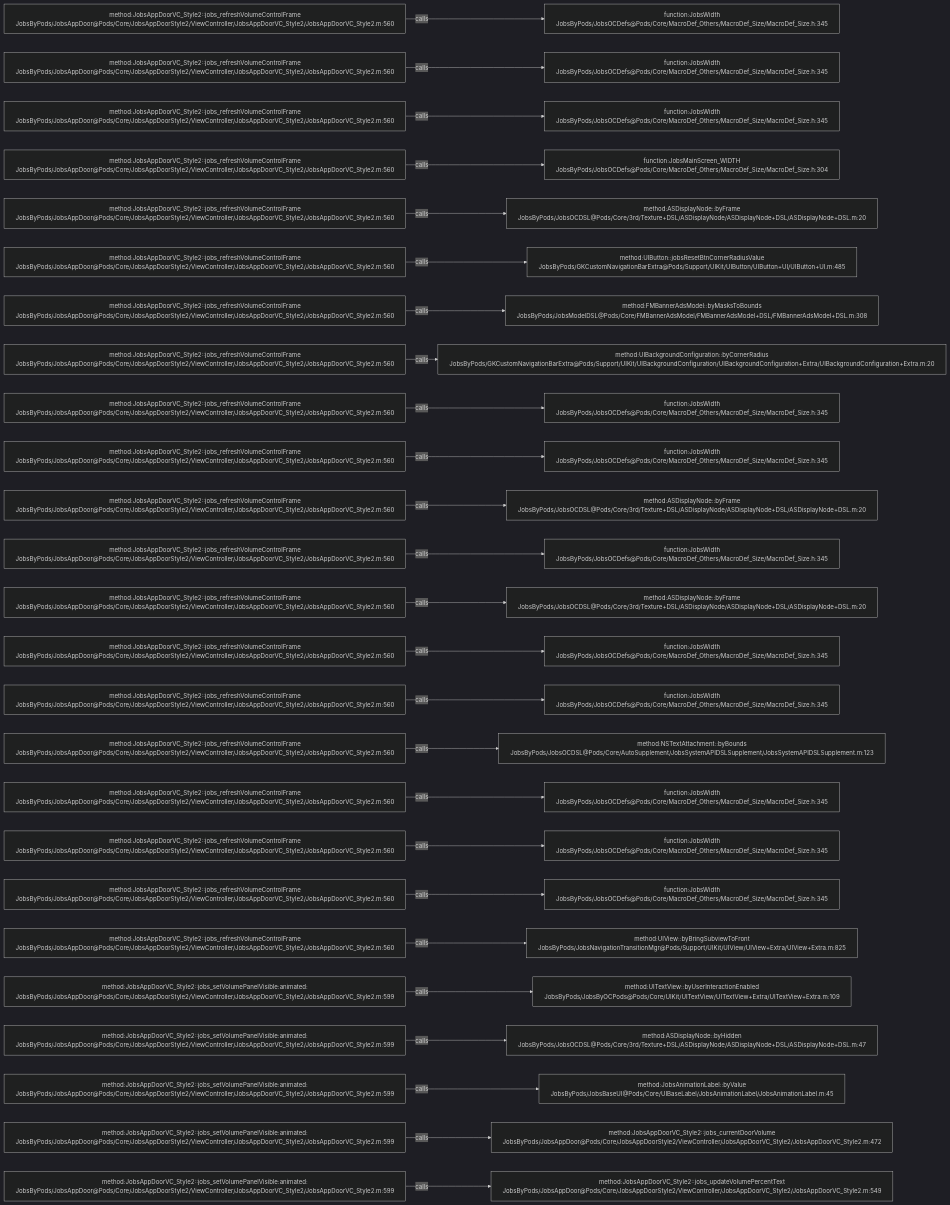
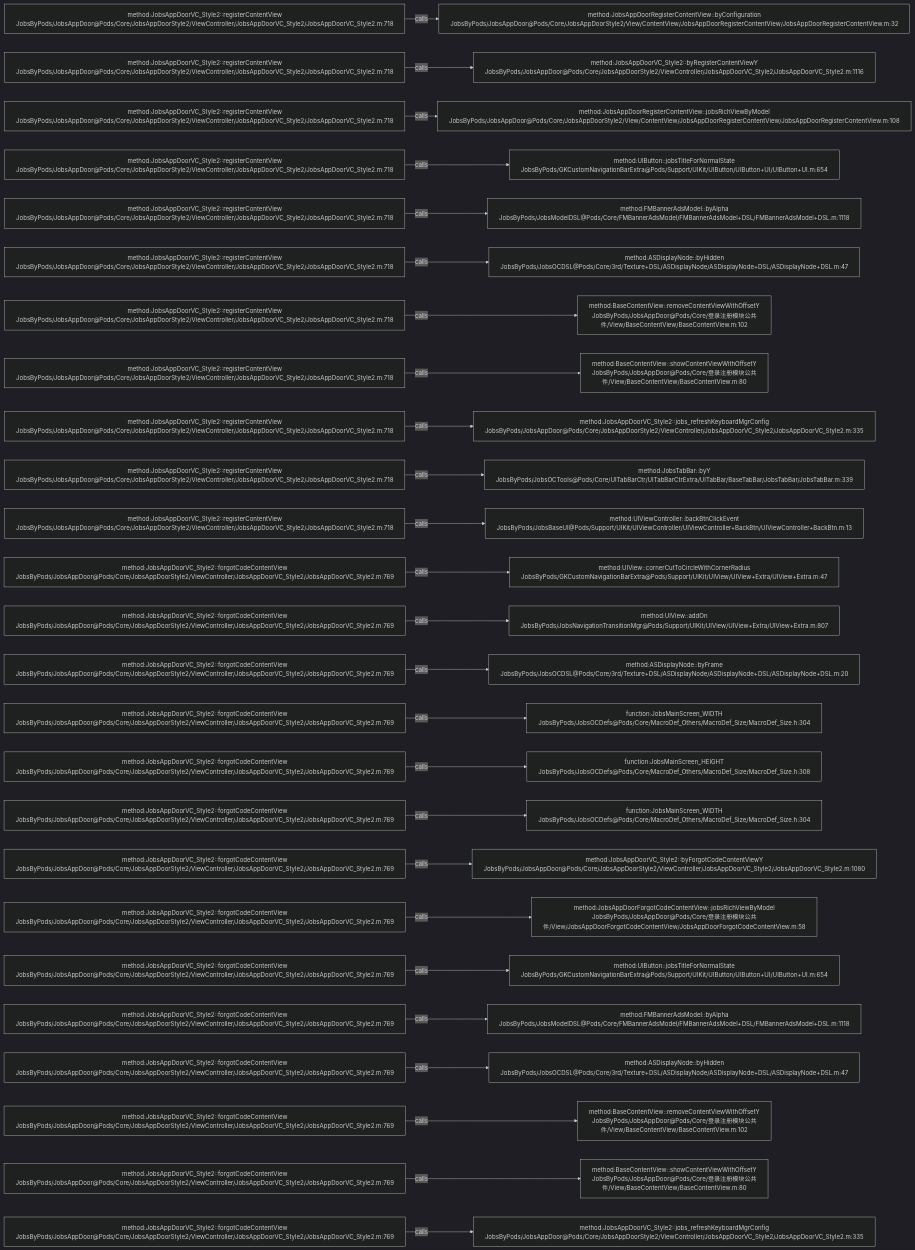
One commit to JobsKits/JobsOCBaseConfigDemo changed the diagram in .codegraph/codegraph.md/graphs/calls-142.md. Above: the diagram before and after it, drawn with Mermaid (dark theme). The commit also changed 223 other files, not shown here.

````diff
--- a/.codegraph/codegraph.md/graphs/calls-142.md
+++ b/.codegraph/codegraph.md/graphs/calls-142.md
@@ -13,78 +13,78 @@
 ```mermaid
 flowchart LR
-  S1["method:JobsAppDoorVC_Style2::jobs_refreshVolumeControlFrame<br/>JobsByPods/JobsAppDoor@Pods/Core/JobsAppDoorStyle2/ViewController/JobsAppDoorVC_Style2/JobsAppDoorVC_Style2.m:560"]
-  T1["function:JobsWidth<br/>JobsByPods/JobsOCDefs@Pods/Core/MacroDef_Others/MacroDef_Size/MacroDef_Size.h:345"]
+  S1["method:JobsAppDoorVC_Style2::registerContentView<br/>JobsByPods/JobsAppDoor@Pods/Core/JobsAppDoorStyle2/ViewController/JobsAppDoorVC_Style2/JobsAppDoorVC_Style2.m:718"]
+  T1["method:JobsAppDoorRegisterContentView::byConfiguration<br/>JobsByPods/JobsAppDoor@Pods/Core/JobsAppDoorStyle2/View/ContentView/JobsAppDoorRegisterContentView/JobsAppDoorRegisterContentView.m:32"]
   S1 -->|calls| T1
-  S2["method:JobsAppDoorVC_Style2::jobs_refreshVolumeControlFrame<br/>JobsByPods/JobsAppDoor@Pods/Core/JobsAppDoorStyle2/ViewController/JobsAppDoorVC_Style2/JobsAppDoorVC_Style2.m:560"]
-  T2["function:JobsWidth<br/>JobsByPods/JobsOCDefs@Pods/Core/MacroDef_Others/MacroDef_Size/MacroDef_Size.h:345"]
+  S2["method:JobsAppDoorVC_Style2::registerContentView<br/>JobsByPods/JobsAppDoor@Pods/Core/JobsAppDoorStyle2/ViewController/JobsAppDoorVC_Style2/JobsAppDoorVC_Style2.m:718"]
+  T2["method:JobsAppDoorVC_Style2::byRegisterContentViewY<br/>JobsByPods/JobsAppDoor@Pods/Core/JobsAppDoorStyle2/ViewController/JobsAppDoorVC_Style2/JobsAppDoorVC_Style2.m:1116"]
   S2 -->|calls| T2
-  S3["method:JobsAppDoorVC_Style2::jobs_refreshVolumeControlFrame<br/>JobsByPods/JobsAppDoor@Pods/Core/JobsAppDoorStyle2/ViewController/JobsAppDoorVC_Style2/JobsAppDoorVC_Style2.m:560"]
-  T3["function:JobsWidth<br/>JobsByPods/JobsOCDefs@Pods/Core/MacroDef_Others/MacroDef_Size/MacroDef_Size.h:345"]
+  S3["method:JobsAppDoorVC_Style2::registerContentView<br/>JobsByPods/JobsAppDoor@Pods/Core/JobsAppDoorStyle2/ViewController/JobsAppDoorVC_Style2/JobsAppDoorVC_Style2.m:718"]
+  T3["method:JobsAppDoorRegisterContentView::jobsRichViewByModel<br/>JobsByPods/JobsAppDoor@Pods/Core/JobsAppDoorStyle2/View/ContentView/JobsAppDoorRegisterContentView/JobsAppDoorRegisterContentView.m:108"]
   S3 -->|calls| T3
-  S4["method:JobsAppDoorVC_Style2::jobs_refreshVolumeControlFrame<br/>JobsByPods/JobsAppDoor@Pods/Core/JobsAppDoorStyle2/ViewController/JobsAppDoorVC_Style2/JobsAppDoorVC_Style2.m:560"]
-  T4["function:JobsMainScreen_WIDTH<br/>JobsByPods/JobsOCDefs@Pods/Core/MacroDef_Others/MacroDef_Size/MacroDef_Size.h:304"]
+  S4["method:JobsAppDoorVC_Style2::registerContentView<br/>JobsByPods/JobsAppDoor@Pods/Core/JobsAppDoorStyle2/ViewController/JobsAppDoorVC_Style2/JobsAppDoorVC_Style2.m:718"]
+  T4["method:UIButton::jobsTitleForNormalState<br/>JobsByPods/GKCustomNavigationBarExtra@Pods/Support/UIKit/UIButton/UIButton+UI/UIButton+UI.m:654"]
   S4 -->|calls| T4
-  S5["method:JobsAppDoorVC_Style2::jobs_refreshVolumeControlFrame<br/>JobsByPods/JobsAppDoor@Pods/Core/JobsAppDoorStyle2/ViewController/JobsAppDoorVC_Style2/JobsAppDoorVC_Style2.m:560"]
-  T5["method:ASDisplayNode::byFrame<br/>JobsByPods/JobsOCDSL@Pods/Core/3rd/Texture+DSL/ASDisplayNode/ASDisplayNode+DSL/ASDisplayNode+DSL.m:20"]
+  S5["method:JobsAppDoorVC_Style2::registerContentView<br/>JobsByPods/JobsAppDoor@Pods/Core/JobsAppDoorStyle2/ViewController/JobsAppDoorVC_Style2/JobsAppDoorVC_Style2.m:718"]
+  T5["method:FMBannerAdsModel::byAlpha<br/>JobsByPods/JobsModelDSL@Pods/Core/FMBannerAdsModel/FMBannerAdsModel+DSL/FMBannerAdsModel+DSL.m:1118"]
   S5 -->|calls| T5
-  S6["method:JobsAppDoorVC_Style2::jobs_refreshVolumeControlFrame<br/>JobsByPods/JobsAppDoor@Pods/Core/JobsAppDoorStyle2/ViewController/JobsAppDoorVC_Style2/JobsAppDoorVC_Style2.m:560"]
-  T6["method:UIButton::jobsResetBtnCornerRadiusValue<br/>JobsByPods/GKCustomNavigationBarExtra@Pods/Support/UIKit/UIButton/UIButton+UI/UIButton+UI.m:485"]
+  S6["method:JobsAppDoorVC_Style2::registerContentView<br/>JobsByPods/JobsAppDoor@Pods/Core/JobsAppDoorStyle2/ViewController/JobsAppDoorVC_Style2/JobsAppDoorVC_Style2.m:718"]
+  T6["method:ASDisplayNode::byHidden<br/>JobsByPods/JobsOCDSL@Pods/Core/3rd/Texture+DSL/ASDisplayNode/ASDisplayNode+DSL/ASDisplayNode+DSL.m:47"]
   S6 -->|calls| T6
-  S7["method:JobsAppDoorVC_Style2::jobs_refreshVolumeControlFrame<br/>JobsByPods/JobsAppDoor@Pods/Core/JobsAppDoorStyle2/ViewController/JobsAppDoorVC_Style2/JobsAppDoorVC_Style2.m:560"]
-  T7["method:FMBannerAdsModel::byMasksToBounds<br/>JobsByPods/JobsModelDSL@Pods/Core/FMBannerAdsModel/FMBannerAdsModel+DSL/FMBannerAdsModel+DSL.m:308"]
+  S7["method:JobsAppDoorVC_Style2::registerContentView<br/>JobsByPods/JobsAppDoor@Pods/Core/JobsAppDoorStyle2/ViewController/JobsAppDoorVC_Style2/JobsAppDoorVC_Style2.m:718"]
+  T7["method:BaseContentView::removeContentViewWithOffsetY<br/>JobsByPods/JobsAppDoor@Pods/Core/登录注册模块公共件/View/BaseContentView/BaseContentView.m:102"]
   S7 -->|calls| T7
-  S8["method:JobsAppDoorVC_Style2::jobs_refreshVolumeControlFrame<br/>JobsByPods/JobsAppDoor@Pods/Core/JobsAppDoorStyle2/ViewController/JobsAppDoorVC_Style2/JobsAppDoorVC_Style2.m:560"]
-  T8["method:UIBackgroundConfiguration::byCornerRadius<br/>JobsByPods/GKCustomNavigationBarExtra@Pods/Support/UIKit/UIBackgroundConfiguration/UIBackgroundConfiguration+Extra/UIBackgroundConfiguration+Extra.m:20"]
+  S8["method:JobsAppDoorVC_Style2::registerContentView<br/>JobsByPods/JobsAppDoor@Pods/Core/JobsAppDoorStyle2/ViewController/JobsAppDoorVC_Style2/JobsAppDoorVC_Style2.m:718"]
+  T8["method:BaseContentView::showContentViewWithOffsetY<br/>JobsByPods/JobsAppDoor@Pods/Core/登录注册模块公共件/View/BaseContentView/BaseContentView.m:80"]
   S8 -->|calls| T8
-  S9["method:JobsAppDoorVC_Style2::jobs_refreshVolumeControlFrame<br/>JobsByPods/JobsAppDoor@Pods/Core/JobsAppDoorStyle2/ViewController/JobsAppDoorVC_Style2/JobsAppDoorVC_Style2.m:560"]
-  T9["function:JobsWidth<br/>JobsByPods/JobsOCDefs@Pods/Core/MacroDef_Others/MacroDef_Size/MacroDef_Size.h:345"]
+  S9["method:JobsAppDoorVC_Style2::registerContentView<br/>JobsByPods/JobsAppDoor@Pods/Core/JobsAppDoorStyle2/ViewController/JobsAppDoorVC_Style2/JobsAppDoorVC_Style2.m:718"]
+  T9["method:JobsAppDoorVC_Style2::jobs_refreshKeyboardMgrConfig<br/>JobsByPods/JobsAppDoor@Pods/Core/JobsAppDoorStyle2/ViewController/JobsAppDoorVC_Style2/JobsAppDoorVC_Style2.m:335"]
   S9 -->|calls| T9
-  S10["method:JobsAppDoorVC_Style2::jobs_refreshVolumeControlFrame<br/>JobsByPods/JobsAppDoor@Pods/Core/JobsAppDoorStyle2/ViewController/JobsAppDoorVC_Style2/JobsAppDoorVC_Style2.m:560"]
-  T10["function:JobsWidth<br/>JobsByPods/JobsOCDefs@Pods/Core/MacroDef_Others/MacroDef_Size/MacroDef_Size.h:345"]
+  S10["method:JobsAppDoorVC_Style2::registerContentView<br/>JobsByPods/JobsAppDoor@Pods/Core/JobsAppDoorStyle2/ViewController/JobsAppDoorVC_Style2/JobsAppDoorVC_Style2.m:718"]
+  T10["method:JobsTabBar::byY<br/>JobsByPods/JobsOCTools@Pods/Core/UITabBarCtr/UITabBarCtrExtra/UITabBar/BaseTabBar/JobsTabBar/JobsTabBar.m:339"]
   S10 -->|calls| T10
-  S11["method:JobsAppDoorVC_Style2::jobs_refreshVolumeControlFrame<br/>JobsByPods/JobsAppDoor@Pods/Core/JobsAppDoorStyle2/ViewController/JobsAppDoorVC_Style2/JobsAppDoorVC_Style2.m:560"]
-  T11["method:ASDisplayNode::byFrame<br/>JobsByPods/JobsOCDSL@Pods/Core/3rd/Texture+DSL/ASDisplayNode/ASDisplayNode+DSL/ASDisplayNode+DSL.m:20"]
+  S11["method:JobsAppDoorVC_Style2::registerContentView<br/>JobsByPods/JobsAppDoor@Pods/Core/JobsAppDoorStyle2/ViewController/JobsAppDoorVC_Style2/JobsAppDoorVC_Style2.m:718"]
+  T11["method:UIViewController::backBtnClickEvent<br/>JobsByPods/JobsBaseUI@Pods/Support/UIKit/UIViewController/UIViewController+BackBtn/UIViewController+BackBtn.m:13"]
   S11 -->|calls| T11
-  S12["method:JobsAppDoorVC_Style2::jobs_refreshVolumeControlFrame<br/>JobsByPods/JobsAppDoor@Pods/Core/JobsAppDoorStyle2/ViewController/JobsAppDoorVC_Style2/JobsAppDoorVC_Style2.m:560"]
-  T12["function:JobsWidth<br/>JobsByPods/JobsOCDefs@Pods/Core/MacroDef_Others/MacroDef_Size/MacroDef_Size.h:345"]
+  S12["method:JobsAppDoorVC_Style2::forgotCodeContentView<br/>JobsByPods/JobsAppDoor@Pods/Core/JobsAppDoorStyle2/ViewController/JobsAppDoorVC_Style2/JobsAppDoorVC_Style2.m:769"]
+  T12["method:UIView::cornerCutToCircleWithCornerRadius<br/>JobsByPods/GKCustomNavigationBarExtra@Pods/Support/UIKit/UIView/UIView+Extra/UIView+Extra.m:47"]
   S12 -->|calls| T12
-  S13["method:JobsAppDoorVC_Style2::jobs_refreshVolumeControlFrame<br/>JobsByPods/JobsAppDoor@Pods/Core/JobsAppDoorStyle2/ViewController/JobsAppDoorVC_Style2/JobsAppDoorVC_Style2.m:560"]
-  T13["method:ASDisplayNode::byFrame<br/>JobsByPods/JobsOCDSL@Pods/Core/3rd/Texture+DSL/ASDisplayNode/ASDisplayNode+DSL/ASDisplayNode+DSL.m:20"]
+  S13["method:JobsAppDoorVC_Style2::forgotCodeContentView<br/>JobsByPods/JobsAppDoor@Pods/Core/JobsAppDoorStyle2/ViewController/JobsAppDoorVC_Style2/JobsAppDoorVC_Style2.m:769"]
+  T13["method:UIView::addOn<br/>JobsByPods/JobsNavigationTransitionMgr@Pods/Support/UIKit/UIView/UIView+Extra/UIView+Extra.m:807"]
   S13 -->|calls| T13
-  S14["method:JobsAppDoorVC_Style2::jobs_refreshVolumeControlFrame<br/>JobsByPods/JobsAppDoor@Pods/Core/JobsAppDoorStyle2/ViewController/JobsAppDoorVC_Style2/JobsAppDoorVC_Style2.m:560"]
-  T14["function:JobsWidth<br/>JobsByPods/JobsOCDefs@Pods/Core/MacroDef_Others/MacroDef_Size/MacroDef_Size.h:345"]
+  S14["method:JobsAppDoorVC_Style2::forgotCodeContentView<br/>JobsByPods/JobsAppDoor@Pods/Core/JobsAppDoorStyle2/ViewController/JobsAppDoorVC_Style2/JobsAppDoorVC_Style2.m:769"]
+  T14["method:ASDisplayNode::byFrame<br/>JobsByPods/JobsOCDSL@Pods/Core/3rd/Texture+DSL/ASDisplayNode/ASDisplayNode+DSL/ASDisplayNode+DSL.m:20"]
   S14 -->|calls| T14
-  S15["method:JobsAppDoorVC_Style2::jobs_refreshVolumeControlFrame<br/>JobsByPods/JobsAppDoor@Pods/Core/JobsAppDoorStyle2/ViewController/JobsAppDoorVC_Style2/JobsAppDoorVC_Style2.m:560"]
-  T15["function:JobsWidth<br/>JobsByPods/JobsOCDefs@Pods/Core/MacroDef_Others/MacroDef_Size/MacroDef_Size.h:345"]
+  S15["method:JobsAppDoorVC_Style2::forgotCodeContentView<br/>JobsByPods/JobsAppDoor@Pods/Core/JobsAppDoorStyle2/ViewController/JobsAppDoorVC_Style2/JobsAppDoorVC_Style2.m:769"]
+  T15["function:JobsMainScreen_WIDTH<br/>JobsByPods/JobsOCDefs@Pods/Core/MacroDef_Others/MacroDef_Size/MacroDef_Size.h:304"]
   S15 -->|calls| T15
-  S16["method:JobsAppDoorVC_Style2::jobs_refreshVolumeControlFrame<br/>JobsByPods/JobsAppDoor@Pods/Core/JobsAppDoorStyle2/ViewController/JobsAppDoorVC_Style2/JobsAppDoorVC_Style2.m:560"]
-  T16["method:NSTextAttachment::byBounds<br/>JobsByPods/JobsOCDSL@Pods/Core/AutoSupplement/JobsSystemAPIDSLSupplement/JobsSystemAPIDSLSupplement.m:123"]
+  S16["method:JobsAppDoorVC_Style2::forgotCodeContentView<br/>JobsByPods/JobsAppDoor@Pods/Core/JobsAppDoorStyle2/ViewController/JobsAppDoorVC_Style2/JobsAppDoorVC_Style2.m:769"]
+  T16["function:JobsMainScreen_HEIGHT<br/>JobsByPods/JobsOCDefs@Pods/Core/MacroDef_Others/MacroDef_Size/MacroDef_Size.h:308"]
   S16 -->|calls| T16
-  S17["method:JobsAppDoorVC_Style2::jobs_refreshVolumeControlFrame<br/>JobsByPods/JobsAppDoor@Pods/Core/JobsAppDoorStyle2/ViewController/JobsAppDoorVC_Style2/JobsAppDoorVC_Style2.m:560"]
-  T17["function:JobsWidth<br/>JobsByPods/JobsOCDefs@Pods/Core/MacroDef_Others/MacroDef_Size/MacroDef_Size.h:345"]
+  S17["method:JobsAppDoorVC_Style2::forgotCodeContentView<br/>JobsByPods/JobsAppDoor@Pods/Core/JobsAppDoorStyle2/ViewController/JobsAppDoorVC_Style2/JobsAppDoorVC_Style2.m:769"]
+  T17["function:JobsMainScreen_WIDTH<br/>JobsByPods/JobsOCDefs@Pods/Core/MacroDef_Others/MacroDef_Size/MacroDef_Size.h:304"]
   S17 -->|calls| T17
-  S18["method:JobsAppDoorVC_Style2::jobs_refreshVolumeControlFrame<br/>JobsByPods/JobsAppDoor@Pods/Core/JobsAppDoorStyle2/ViewController/JobsAppDoorVC_Style2/JobsAppDoorVC_Style2.m:560"]
-  T18["function:JobsWidth<br/>JobsByPods/JobsOCDefs@Pods/Core/MacroDef_Others/MacroDef_Size/MacroDef_Size.h:345"]
+  S18["method:JobsAppDoorVC_Style2::forgotCodeContentView<br/>JobsByPods/JobsAppDoor@Pods/Core/JobsAppDoorStyle2/ViewController/JobsAppDoorVC_Style2/JobsAppDoorVC_Style2.m:769"]
+  T18["method:JobsAppDoorVC_Style2::byForgotCodeContentViewY<br/>JobsByPods/JobsAppDoor@Pods/Core/JobsAppDoorStyle2/ViewController/JobsAppDoorVC_Style2/JobsAppDoorVC_Style2.m:1080"]
   S18 -->|calls| T18
-  S19["method:JobsAppDoorVC_Style2::jobs_refreshVolumeControlFrame<br/>JobsByPods/JobsAppDoor@Pods/Core/JobsAppDoorStyle2/ViewController/JobsAppDoorVC_Style2/JobsAppDoorVC_Style2.m:560"]
-  T19["function:JobsWidth<br/>JobsByPods/JobsOCDefs@Pods/Core/MacroDef_Others/MacroDef_Size/MacroDef_Size.h:345"]
+  S19["method:JobsAppDoorVC_Style2::forgotCodeContentView<br/>JobsByPods/JobsAppDoor@Pods/Core/JobsAppDoorStyle2/ViewController/JobsAppDoorVC_Style2/JobsAppDoorVC_Style2.m:769"]
+  T19["method:JobsAppDoorForgotCodeContentView::jobsRichViewByModel<br/>JobsByPods/JobsAppDoor@Pods/Core/登录注册模块公共件/View/JobsAppDoorForgotCodeContentView/JobsAppDoorForgotCodeContentView.m:58"]
   S19 -->|calls| T19
-  S20["method:JobsAppDoorVC_Style2::jobs_refreshVolumeControlFrame<br/>JobsByPods/JobsAppDoor@Pods/Core/JobsAppDoorStyle2/ViewController/JobsAppDoorVC_Style2/JobsAppDoorVC_Style2.m:560"]
-  T20["method:UIView::byBringSubviewToFront<br/>JobsByPods/JobsNavigationTransitionMgr@Pods/Support/UIKit/UIView/UIView+Extra/UIView+Extra.m:825"]
+  S20["method:JobsAppDoorVC_Style2::forgotCodeContentView<br/>JobsByPods/JobsAppDoor@Pods/Core/JobsAppDoorStyle2/ViewController/JobsAppDoorVC_Style2/JobsAppDoorVC_Style2.m:769"]
+  T20["method:UIButton::jobsTitleForNormalState<br/>JobsByPods/GKCustomNavigationBarExtra@Pods/Support/UIKit/UIButton/UIButton+UI/UIButton+UI.m:654"]
   S20 -->|calls| T20
-  S21["method:JobsAppDoorVC_Style2::jobs_setVolumePanelVisible:animated:<br/>JobsByPods/JobsAppDoor@Pods/Core/JobsAppDoorStyle2/ViewController/JobsAppDoorVC_Style2/JobsAppDoorVC_Style2.m:599"]
-  T21["method:UITextView::byUserInteractionEnabled<br/>JobsByPods/JobsByOCPods@Pods/Core/UIKit/UITextView/UITextView+Extra/UITextView+Extra.m:109"]
+  S21["method:JobsAppDoorVC_Style2::forgotCodeContentView<br/>JobsByPods/JobsAppDoor@Pods/Core/JobsAppDoorStyle2/ViewController/JobsAppDoorVC_Style2/JobsAppDoorVC_Style2.m:769"]
+  T21["method:FMBannerAdsModel::byAlpha<br/>JobsByPods/JobsModelDSL@Pods/Core/FMBannerAdsModel/FMBannerAdsModel+DSL/FMBannerAdsModel+DSL.m:1118"]
   S21 -->|calls| T21
-  S22["method:JobsAppDoorVC_Style2::jobs_setVolumePanelVisible:animated:<br/>JobsByPods/JobsAppDoor@Pods/Core/JobsAppDoorStyle2/ViewController/JobsAppDoorVC_Style2/JobsAppDoorVC_Style2.m:599"]
+  S22["method:JobsAppDoorVC_Style2::forgotCodeContentView<br/>JobsByPods/JobsAppDoor@Pods/Core/JobsAppDoorStyle2/ViewController/JobsAppDoorVC_Style2/JobsAppDoorVC_Style2.m:769"]
   T22["method:ASDisplayNode::byHidden<br/>JobsByPods/JobsOCDSL@Pods/Core/3rd/Texture+DSL/ASDisplayNode/ASDisplayNode+DSL/ASDisplayNode+DSL.m:47"]
   S22 -->|calls| T22
-  S23["method:JobsAppDoorVC_Style2::jobs_setVolumePanelVisible:animated:<br/>JobsByPods/JobsAppDoor@Pods/Core/JobsAppDoorStyle2/ViewController/JobsAppDoorVC_Style2/JobsAppDoorVC_Style2.m:599"]
-  T23["method:JobsAnimationLabel::byValue<br/>JobsByPods/JobsBaseUI@Pods/Core/UIBaseLabel/JobsAnimationLabel/JobsAnimationLabel.m:45"]
+  S23["method:JobsAppDoorVC_Style2::forgotCodeContentView<br/>JobsByPods/JobsAppDoor@Pods/Core/JobsAppDoorStyle2/ViewController/JobsAppDoorVC_Style2/JobsAppDoorVC_Style2.m:769"]
+  T23["method:BaseContentView::removeContentViewWithOffsetY<br/>JobsByPods/JobsAppDoor@Pods/Core/登录注册模块公共件/View/BaseContentView/BaseContentView.m:102"]
   S23 -->|calls| T23
-  S24["method:JobsAppDoorVC_Style2::jobs_setVolumePanelVisible:animated:<br/>JobsByPods/JobsAppDoor@Pods/Core/JobsAppDoorStyle2/ViewController/JobsAppDoorVC_Style2/JobsAppDoorVC_Style2.m:599"]
-  T24["method:JobsAppDoorVC_Style2::jobs_currentDoorVolume<br/>JobsByPods/JobsAppDoor@Pods/Core/JobsAppDoorStyle2/ViewController/JobsAppDoorVC_Style2/JobsAppDoorVC_Style2.m:472"]
+  S24["method:JobsAppDoorVC_Style2::forgotCodeContentView<br/>JobsByPods/JobsAppDoor@Pods/Core/JobsAppDoorStyle2/ViewController/JobsAppDoorVC_Style2/JobsAppDoorVC_Style2.m:769"]
+  T24["method:BaseContentView::showContentViewWithOffsetY<br/>JobsByPods/JobsAppDoor@Pods/Core/登录注册模块公共件/View/BaseContentView/BaseContentView.m:80"]
   S24 -->|calls| T24
-  S25["method:JobsAppDoorVC_Style2::jobs_setVolumePanelVisible:animated:<br/>JobsByPods/JobsAppDoor@Pods/Core/JobsAppDoorStyle2/ViewController/JobsAppDoorVC_Style2/JobsAppDoorVC_Style2.m:599"]
-  T25["method:JobsAppDoorVC_Style2::jobs_updateVolumePercentText<br/>JobsByPods/JobsAppDoor@Pods/Core/JobsAppDoorStyle2/ViewController/JobsAppDoorVC_Style2/JobsAppDoorVC_Style2.m:549"]
+  S25["method:JobsAppDoorVC_Style2::forgotCodeContentView<br/>JobsByPods/JobsAppDoor@Pods/Core/JobsAppDoorStyle2/ViewController/JobsAppDoorVC_Style2/JobsAppDoorVC_Style2.m:769"]
+  T25["method:JobsAppDoorVC_Style2::jobs_refreshKeyboardMgrConfig<br/>JobsByPods/JobsAppDoor@Pods/Core/JobsAppDoorStyle2/ViewController/JobsAppDoorVC_Style2/JobsAppDoorVC_Style2.m:335"]
   S25 -->|calls| T25
 ```
````
